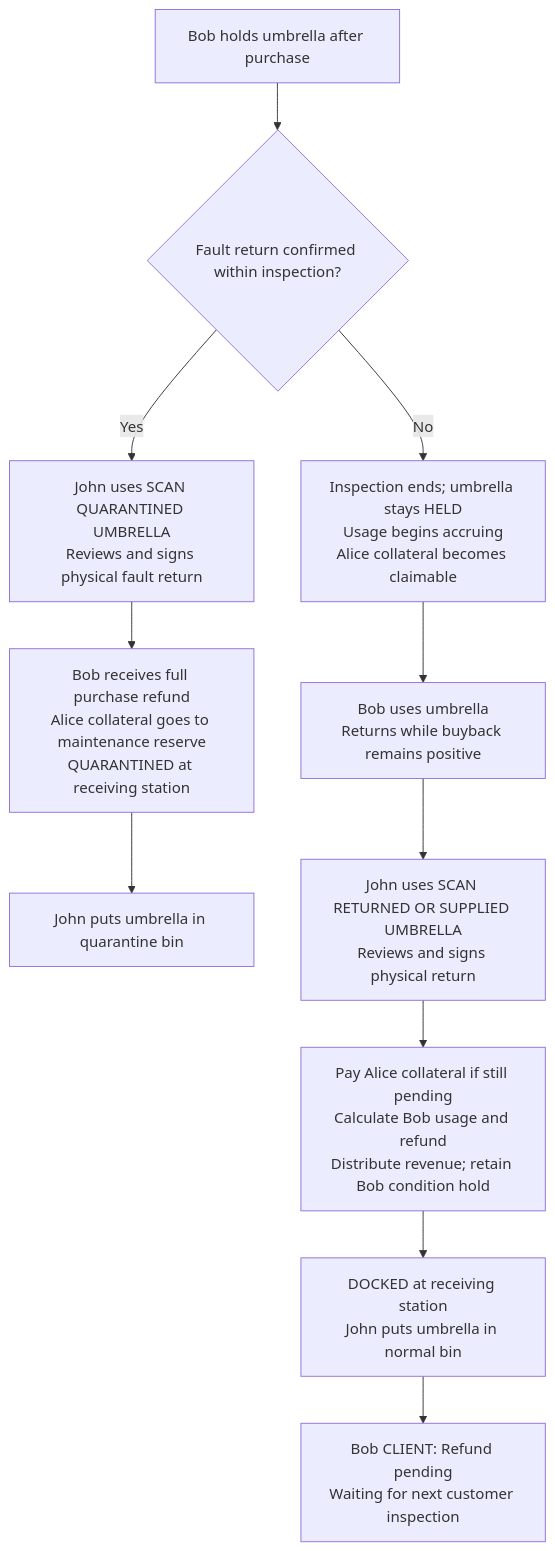
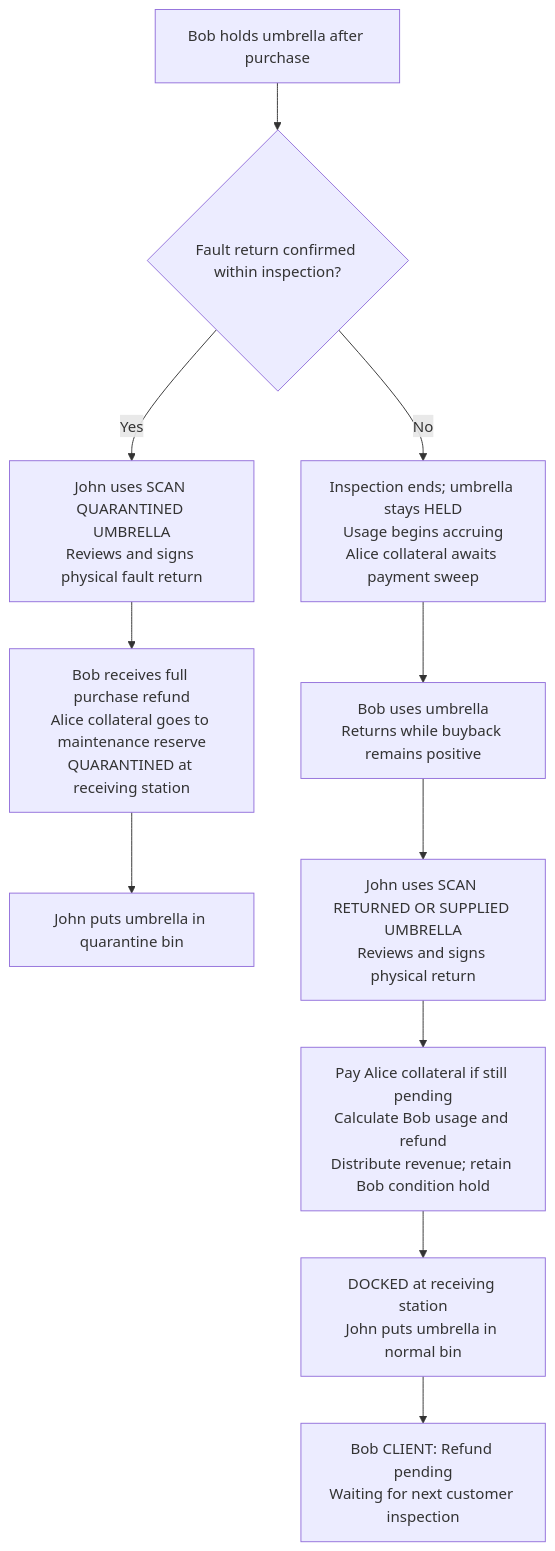
Before and after one commit to towa-hi/sui-kirisame: the fifth of 10 diagrams in docs/project-flows.md, drawn with Mermaid. The commit also changed other lines of this file and 5 other files, not shown here.

Commit message:
admin sweep now resolves umbrellas past inspection phase

````diff
--- a/docs/project-flows.md
+++ b/docs/project-flows.md
@@ -102,13 +102,13 @@
 ```mermaid
 flowchart TD
     Bob["Bob holds umbrella after purchase"] --> Fault{"Fault return confirmed within inspection?"}
     Fault -->|Yes| Reject["John uses SCAN QUARANTINED UMBRELLA<br/>Reviews and signs physical fault return"]
     Reject --> Quarantine["Bob receives full purchase refund<br/>Alice collateral goes to maintenance reserve<br/>QUARANTINED at receiving station"]
     Quarantine --> Bin["John puts umbrella in quarantine bin"]
-    Fault -->|No| Expiry["Inspection ends; umbrella stays HELD<br/>Usage begins accruing<br/>Alice collateral becomes claimable"]
+    Fault -->|No| Expiry["Inspection ends; umbrella stays HELD<br/>Usage begins accruing<br/>Alice collateral awaits payment sweep"]
     Expiry --> Use["Bob uses umbrella<br/>Returns while buyback remains positive"]
     Use --> Scan["John uses SCAN RETURNED OR SUPPLIED UMBRELLA<br/>Reviews and signs physical return"]
     Scan --> Pay["Pay Alice collateral if still pending<br/>Calculate Bob usage and refund<br/>Distribute revenue; retain Bob condition hold"]
     Pay --> Dock["DOCKED at receiving station<br/>John puts umbrella in normal bin"]
     Dock --> Pending["Bob CLIENT: Refund pending<br/>Waiting for next customer inspection"]
 ```
````
